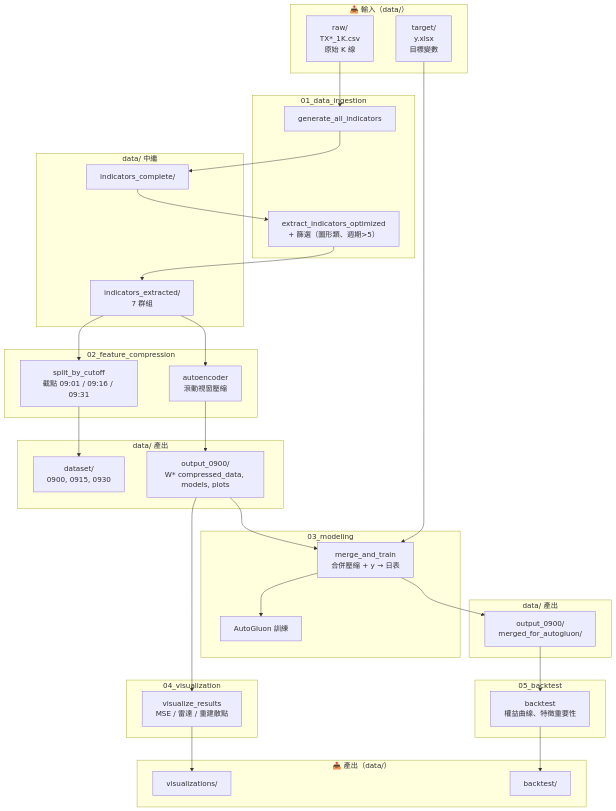
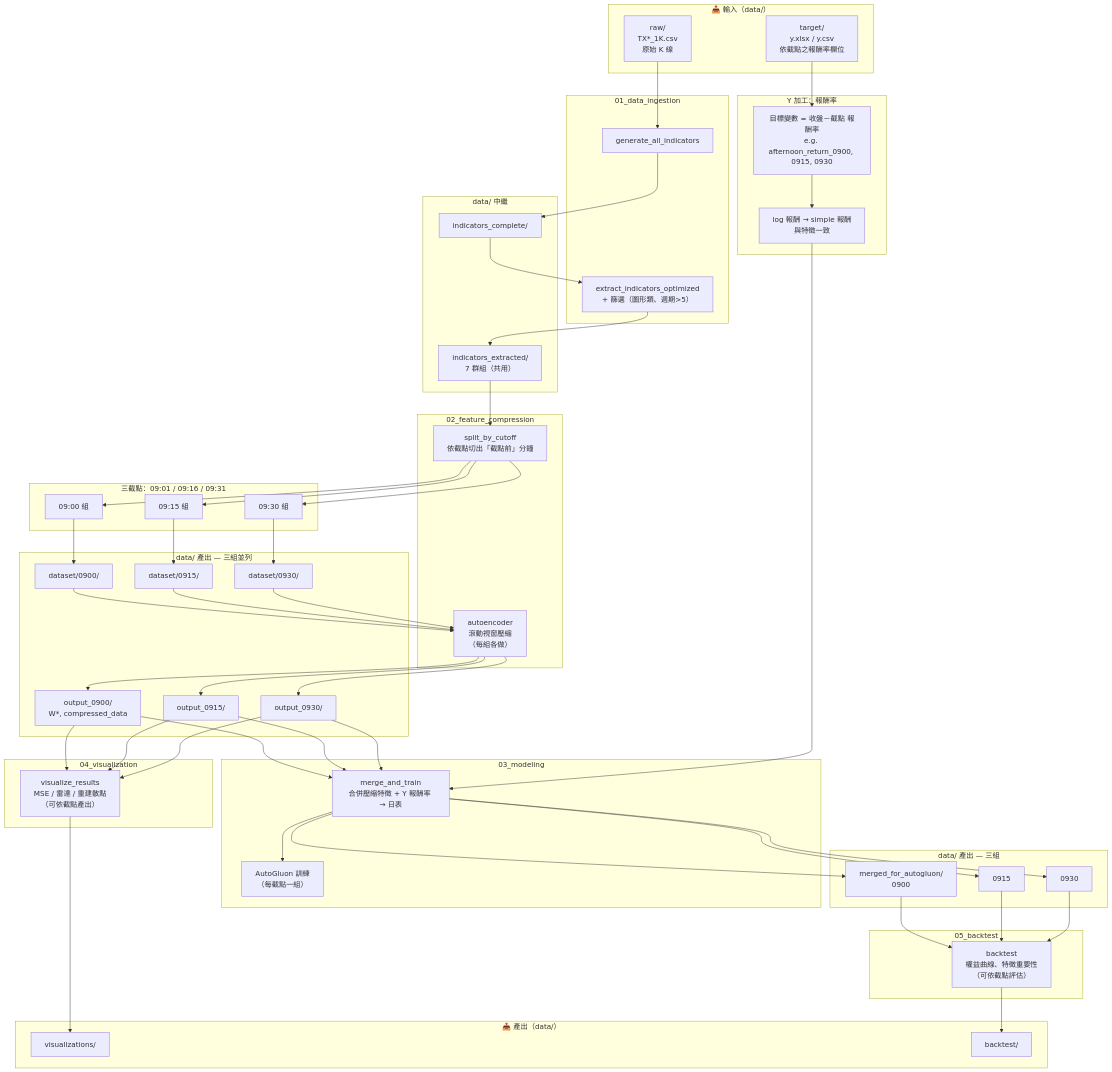
One commit to jameslee1218/Thesis-AutoGluon-TXF-Research changed the diagram in README.md. Above: the diagram before and after it, drawn with Mermaid. The commit also changed other lines of this file, not shown here.

Commit message:
README-進行流程圖與資料結構修改

````diff
--- a/README.md
+++ b/README.md
@@ -10,7 +12,12 @@
 flowchart TB
     subgraph INPUT["📥 輸入（data/）"]
         raw["raw/<br/>TX*_1K.csv<br/>原始 K 線"]
-        target["target/<br/>y.xlsx<br/>目標變數"]
+        target["target/<br/>y.xlsx / y.csv<br/>依截點之報酬率欄位"]
+    end
+
+    subgraph Y_PROCESS["Y 加工：報酬率"]
+        y_def["目標變數 = 收盤－截點 報酬率<br/>e.g. afternoon_return_0900, 0915, 0930"]
+        y_convert["log 報酬 → simple 報酬<br/>與特徵一致"]
     end
 
     subgraph M01["01_data_ingestion"]
@@ -20,34 +27,46 @@
 
     subgraph DATA01["data/ 中繼"]
         comp["indicators_complete/"]
-        extr["indicators_extracted/<br/>7 群組"]
+        extr["indicators_extracted/<br/>7 群組（共用）"]
+    end
+
+    subgraph CUTOFFS["三截點：09:01 / 09:16 / 09:31"]
+        t9["09:00 組"]
+        t15["09:15 組"]
+        t30["09:30 組"]
     end
 
     subgraph M02["02_feature_compression"]
-        split["split_by_cutoff<br/>截點 09:01 / 09:16 / 09:31"]
-        ae["autoencoder<br/>滾動視窗壓縮"]
+        split["split_by_cutoff<br/>依截點切出「截點前」分鐘"]
+        ae["autoencoder<br/>滾動視窗壓縮<br/>（每組各做）"]
     end
 
-    subgraph DATA02["data/ 產出"]
-        ds["dataset/<br/>0900, 0915, 0930"]
-        w["output_0900/<br/>W* compressed_data, models, plots"]
+    subgraph DATA02["data/ 產出 — 三組並列"]
+        ds9["dataset/0900/"]
+        ds15["dataset/0915/"]
+        ds30["dataset/0930/"]
+        w9["output_0900/<br/>W*, compressed_data"]
+        w15["output_0915/"]
+        w30["output_0930/"]
     end
 
     subgraph M03["03_modeling"]
-        merge["merge_and_train<br/>合併壓縮 + y → 日表"]
-        ag["AutoGluon 訓練"]
+        merge["merge_and_train<br/>合併壓縮特徵 + Y 報酬率 → 日表"]
+        ag["AutoGluon 訓練<br/>（每截點一組）"]
     end
 
-    subgraph DATA03["data/ 產出"]
-        mfg["output_0900/<br/>merged_for_autogluon/"]
+    subgraph DATA03["data/ 產出 — 三組"]
+        mfg9["merged_for_autogluon/<br/>0900"]
+        mfg15["0915"]
+        mfg30["0930"]
     end
 
     subgraph M04["04_visualization"]
-        viz["visualize_results<br/>MSE / 雷達 / 重建散點"]
+        viz["visualize_results<br/>MSE / 雷達 / 重建散點<br/>（可依截點產出）"]
     end
 
     subgraph M05["05_backtest"]
-        bt["backtest<br/>權益曲線、特徵重要性"]
+        bt["backtest<br/>權益曲線、特徵重要性<br/>（可依截點評估）"]
     end
 
     subgraph OUT["📤 產出（data/）"]
@@ -59,16 +78,35 @@
     gen --> comp
     comp --> ext
     ext --> extr
+    target --> y_def
+    y_def --> y_convert
     extr --> split
-    split --> ds
-    extr --> ae
-    ae --> w
-    w --> merge
-    target --> merge
-    merge --> mfg
+    split --> t9
+    split --> t15
+    split --> t30
+    t9 --> ds9
+    t15 --> ds15
+    t30 --> ds30
+    ds9 --> ae
+    ds15 --> ae
+    ds30 --> ae
+    ae --> w9
+    ae --> w15
+    ae --> w30
+    w9 --> merge
+    w15 --> merge
+    w30 --> merge
+    y_convert --> merge
+    merge --> mfg9
+    merge --> mfg15
+    merge --> mfg30
     merge --> ag
-    w --> viz
+    w9 --> viz
+    w15 --> viz
+    w30 --> viz
     viz --> vis
-    mfg --> bt
+    mfg9 --> bt
+    mfg15 --> bt
+    mfg30 --> bt
     bt --> bto
 ```
````
